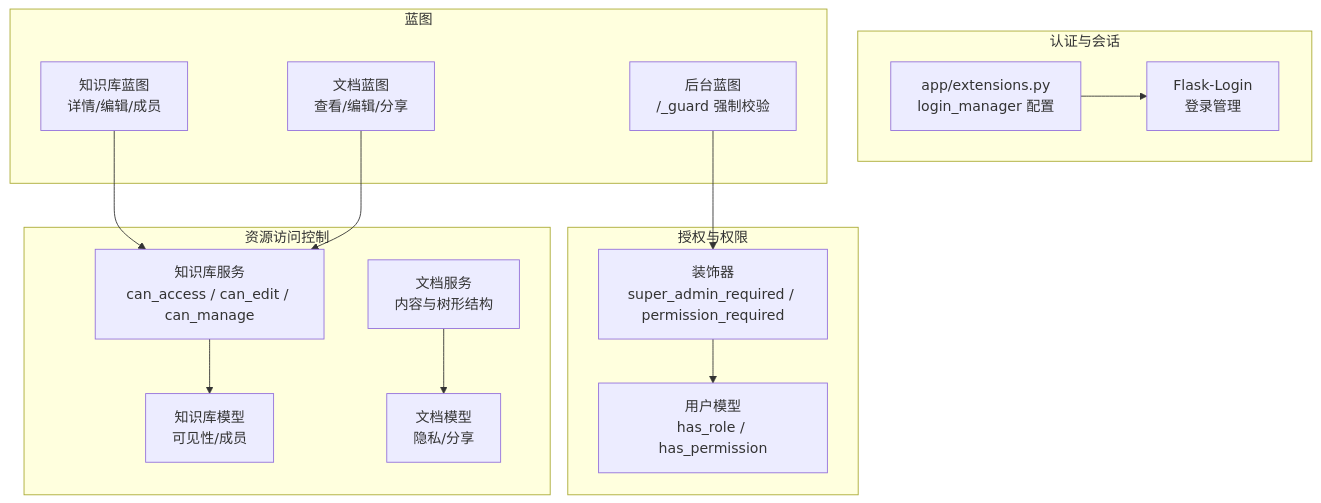
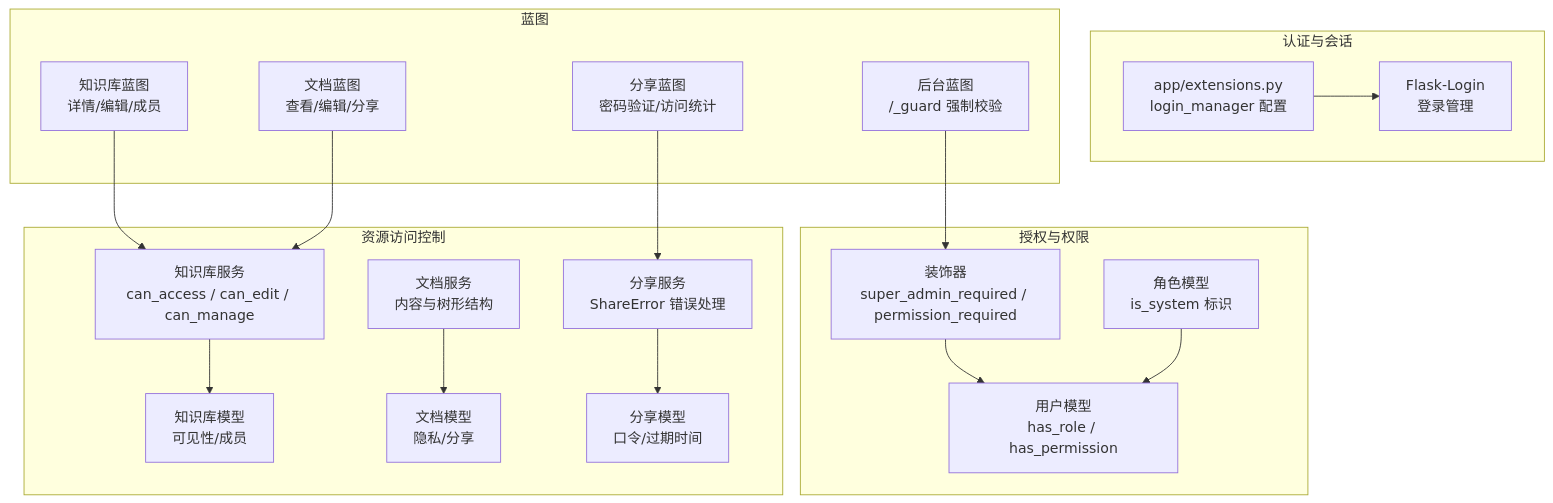
Before and after one commit to beyondalbert/my_wiki: the second of 6 diagrams in .qoder/repowiki/zh/content/核心模块/权限控制系统.md, drawn with Mermaid. The commit also changed other lines of this file and 11 other files, not shown here.

````diff
--- a/.qoder/repowiki/zh/content/核心模块/权限控制系统.md
+++ b/.qoder/repowiki/zh/content/核心模块/权限控制系统.md
@@ -110,29 +126,36 @@
 ```mermaid
 graph TB
 subgraph "认证与会话"
 L["Flask-Login<br/>登录管理"]
 EXT["app/extensions.py<br/>login_manager 配置"]
 end
 subgraph "授权与权限"
 DEC["装饰器<br/>super_admin_required / permission_required"]
 U["用户模型<br/>has_role / has_permission"]
+ROLE["角色模型<br/>is_system 标识"]
 end
 subgraph "资源访问控制"
 SVC_KB["知识库服务<br/>can_access / can_edit / can_manage"]
 SVC_DOC["文档服务<br/>内容与树形结构"]
+SVC_SHARE["分享服务<br/>ShareError 错误处理"]
 KB["知识库模型<br/>可见性/成员"]
 DOC["文档模型<br/>隐私/分享"]
+SHARE["分享模型<br/>口令/过期时间"]
 end
 subgraph "蓝图"
 BP_ADM["后台蓝图<br/>/_guard 强制校验"]
 BP_KB["知识库蓝图<br/>详情/编辑/成员"]
 BP_DOC["文档蓝图<br/>查看/编辑/分享"]
+BP_SHARE["分享蓝图<br/>密码验证/访问统计"]
 end
 EXT --> L
 DEC --> U
 BP_ADM --> DEC
 BP_KB --> SVC_KB
 BP_DOC --> SVC_KB
+BP_SHARE --> SVC_SHARE
 SVC_KB --> KB
 SVC_DOC --> DOC
+SVC_SHARE --> SHARE
+ROLE --> U
 ```
````
